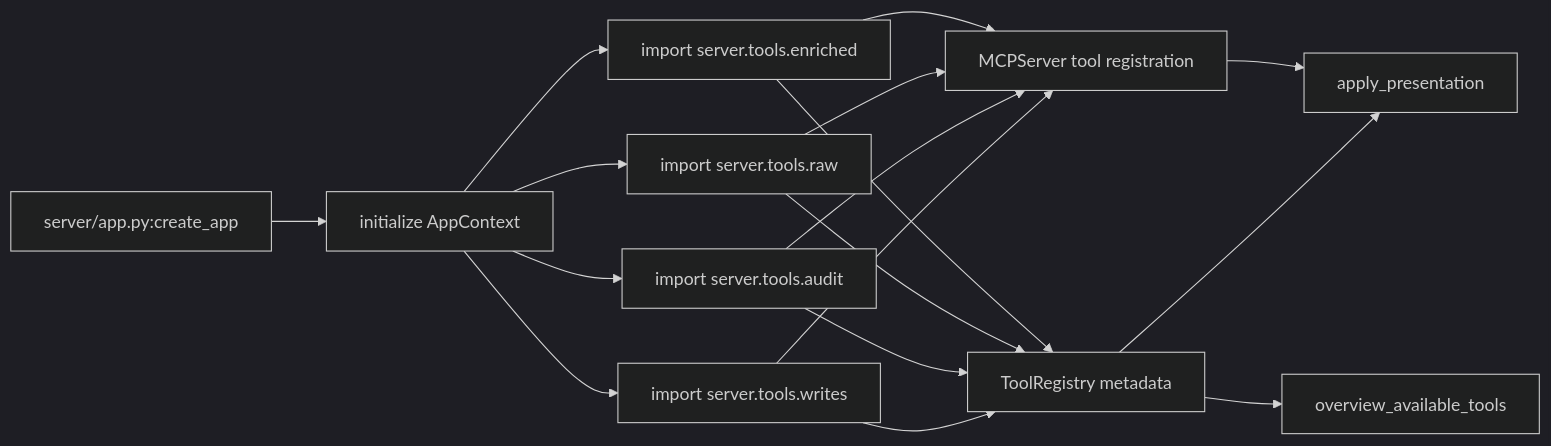
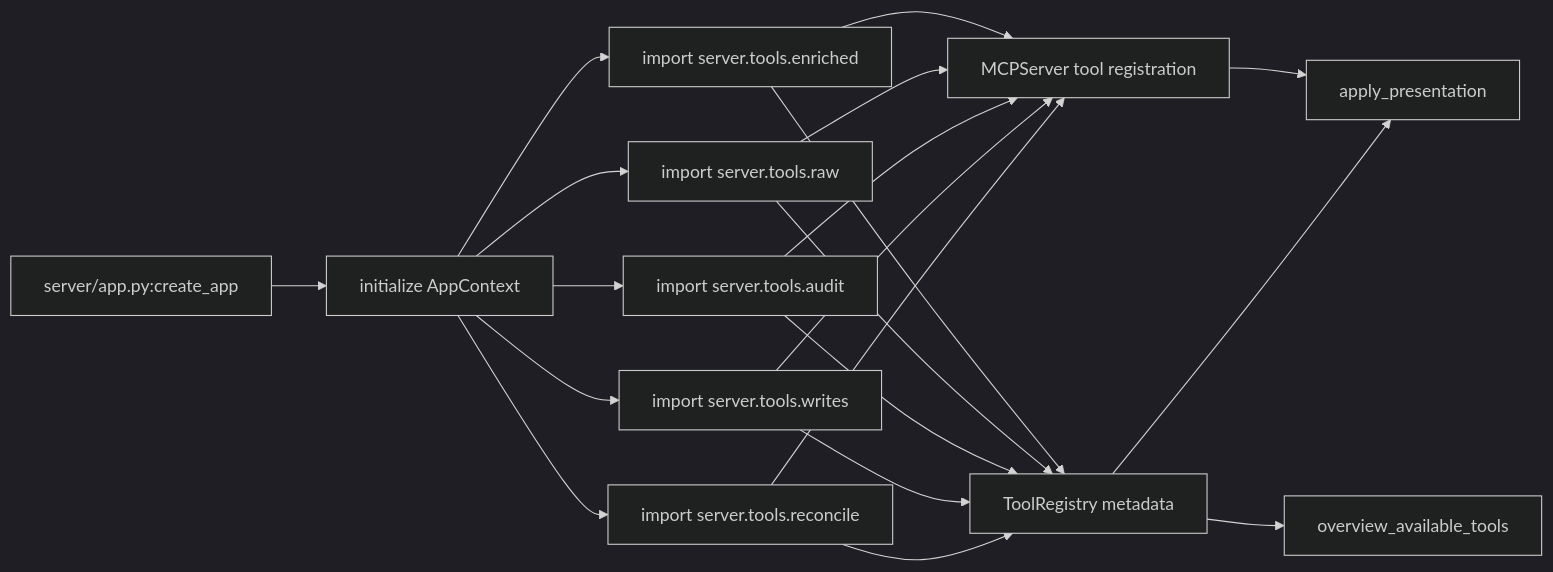
One commit to hs737/mcp-server-for-ynab changed the fifth of 5 diagrams in docs/architecture.md. Above: the diagram before and after it, drawn with Mermaid (dark theme). The commit also changed other lines of this file and 82 other files, not shown here.

````diff
--- a/docs/architecture.md
+++ b/docs/architecture.md
@@ -269,19 +275,22 @@
 ```mermaid
 flowchart LR
     A["server/app.py:create_app"] --> B["initialize AppContext"]
     B --> C["import server.tools.enriched"]
     B --> D["import server.tools.raw"]
     B --> H["import server.tools.audit"]
     B --> I["import server.tools.writes"]
+    B --> K["import server.tools.reconcile"]
     C --> E["MCPServer tool registration"]
     D --> E
     H --> E
     I --> E
+    K --> E
     C --> F["ToolRegistry metadata"]
     D --> F
     H --> F
     I --> F
+    K --> F
     E --> J["apply_presentation"]
     F --> J
     F --> G["overview_available_tools"]
 ```
````
